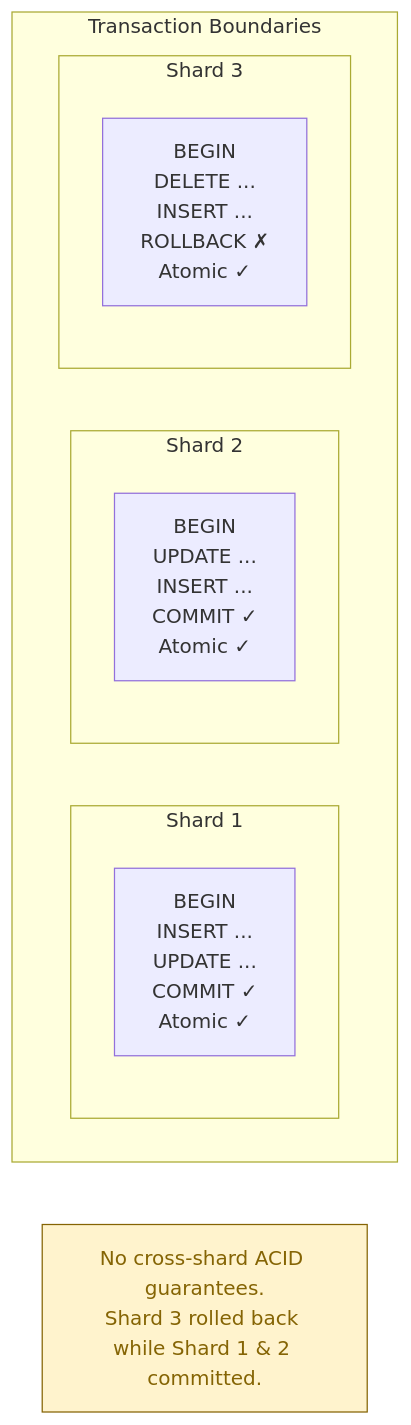
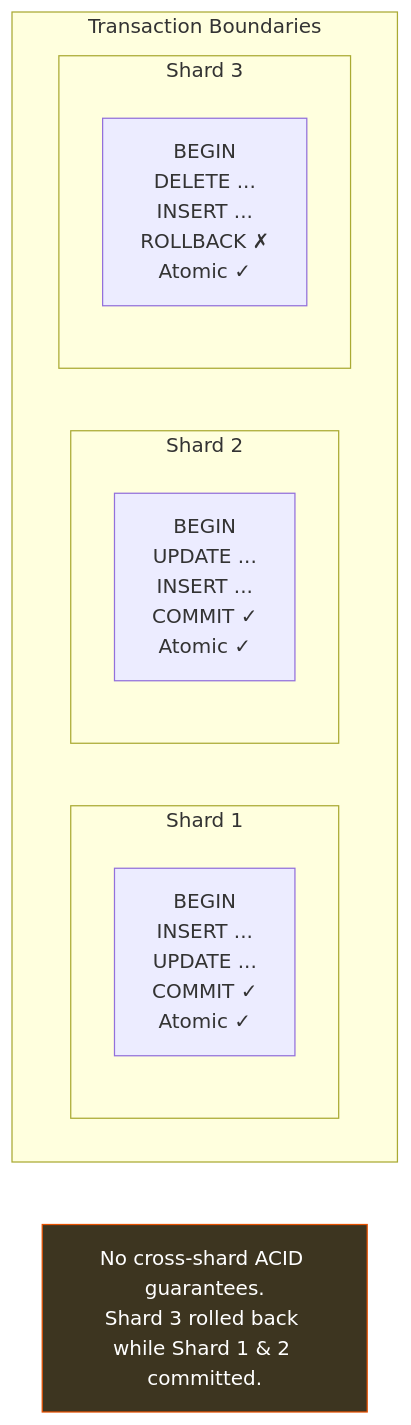
Before and after one commit to dlrivada/Encina: the first of 4 diagrams in docs/sharding/cross-shard-operations.md, drawn with Mermaid. The commit also changed other lines of this file and 6 other files, not shown here.

First line of the commit message:
docs: replace hardcoded light-mode Mermaid colors with dark equivalents

````diff
--- a/docs/sharding/cross-shard-operations.md
+++ b/docs/sharding/cross-shard-operations.md
@@ -39,20 +39,20 @@
 ```mermaid
 flowchart TB
     subgraph txBoundaries["Transaction Boundaries"]
         subgraph shard1["Shard 1"]
             s1["BEGIN<br/>INSERT ...<br/>UPDATE ...<br/>COMMIT ✓<br/>Atomic ✓"]
         end
         subgraph shard2["Shard 2"]
             s2["BEGIN<br/>UPDATE ...<br/>INSERT ...<br/>COMMIT ✓<br/>Atomic ✓"]
         end
         subgraph shard3["Shard 3"]
             s3["BEGIN<br/>DELETE ...<br/>INSERT ...<br/>ROLLBACK ✗<br/>Atomic ✓"]
         end
     end
 
     note["No cross-shard ACID guarantees.<br/>Shard 3 rolled back while Shard 1 &amp; 2 committed."]
 
     txBoundaries ~~~ note
 
-    style note fill:#fff3cd,stroke:#856404,color:#856404
+    style note fill:#3d3520,stroke:#e65100,color:#fff
 ```
````
